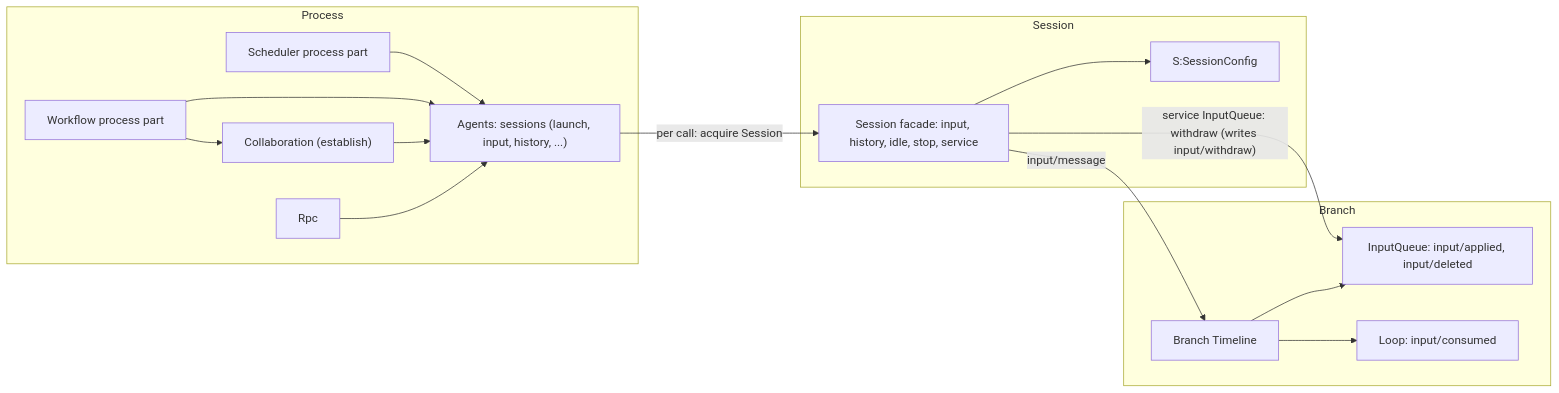
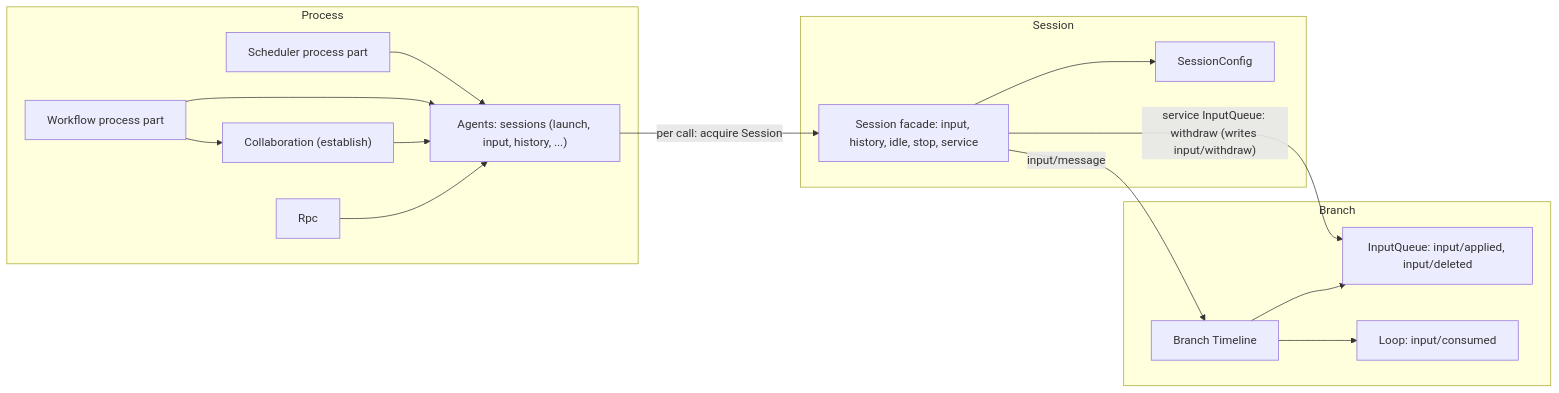
Before and after one commit to CoutinhoTTS/dim-agent: the first of 3 diagrams in docs/design/contracts/session-access.md, drawn with Mermaid. The commit also changed other lines of this file and 42 other files, not shown here.

````diff
--- a/docs/design/contracts/session-access.md
+++ b/docs/design/contracts/session-access.md
@@ -20,30 +20,30 @@
 ```mermaid
 flowchart LR
   subgraph PROC["Process"]
     Agents["Agents: sessions (launch, input, history, ...)"]
     Coll["Collaboration (establish)"]
     Sched["Scheduler process part"]
     Wf["Workflow process part"]
     Rpc["Rpc"]
   end
   subgraph SESS["Session"]
-    SC["S:SessionConfig"]
+    SC["SessionConfig"]
     Fac["Session facade: input, history, idle, stop, service"]
   end
   subgraph BR["Branch"]
     IQ["InputQueue: input/applied, input/deleted"]
     LP["Loop: input/consumed"]
     TL["Branch Timeline"]
   end
   Sched --> Agents
   Wf --> Agents
   Wf --> Coll
   Coll --> Agents
   Rpc --> Agents
   Agents -->|"per call: acquire Session"| Fac
   Fac --> SC
   Fac -->|"input/message"| TL
   Fac -->|"service InputQueue: withdraw (writes input/withdraw)"| IQ
   TL --> IQ
   TL --> LP
 ```
````
